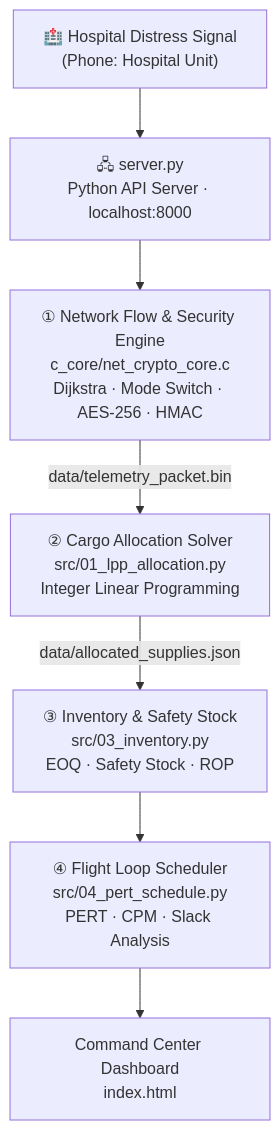
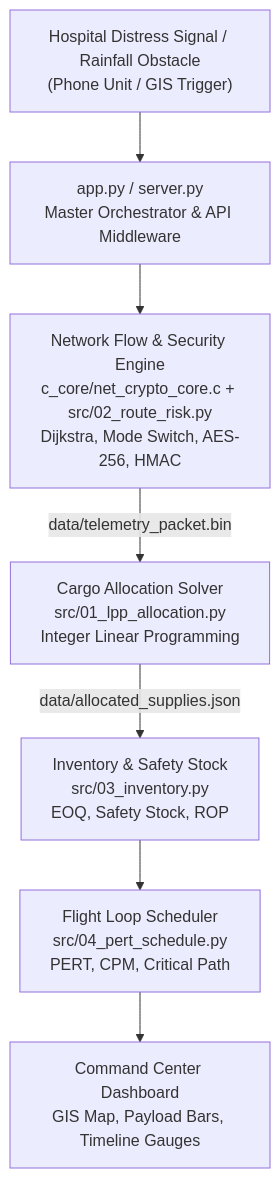
The diagram in README.md (SRReumah/ASAP), drawn with Mermaid before and after one commit. The commit also changed other lines of this file and 9 other files, not shown here.

````diff
--- a/README.md
+++ b/README.md
@@ -63,9 +153,9 @@
 ```mermaid
 flowchart TD
-    A["🏥 Hospital Distress Signal<br/>(Phone: Hospital Unit)"] --> S["🖧 server.py<br/>Python API Server · localhost:8000"]
-    S --> M2["① Network Flow & Security Engine<br/>c_core/net_crypto_core.c<br/>Dijkstra · Mode Switch · AES-256 · HMAC"]
-    M2 -->|"data/telemetry_packet.bin"| M1["② Cargo Allocation Solver<br/>src/01_lpp_allocation.py<br/>Integer Linear Programming"]
-    M1 -->|"data/allocated_supplies.json"| M3["③ Inventory & Safety Stock<br/>src/03_inventory.py<br/>EOQ · Safety Stock · ROP"]
-    M3 --> M4["④ Flight Loop Scheduler<br/>src/04_pert_schedule.py<br/>PERT · CPM · Slack Analysis"]
-    M4 --> D[" Command Center Dashboard<br/>index.html"]
+    A["Hospital Distress Signal / Rainfall Obstacle<br/>(Phone Unit / GIS Trigger)"] --> S["app.py / server.py<br/>Master Orchestrator & API Middleware"]
+    S --> M2["Network Flow & Security Engine<br/>c_core/net_crypto_core.c + src/02_route_risk.py<br/>Dijkstra, Mode Switch, AES-256, HMAC"]
+    M2 -->|"data/telemetry_packet.bin"| M1["Cargo Allocation Solver<br/>src/01_lpp_allocation.py<br/>Integer Linear Programming"]
+    M1 -->|"data/allocated_supplies.json"| M3["Inventory & Safety Stock<br/>src/03_inventory.py<br/>EOQ, Safety Stock, ROP"]
+    M3 --> M4["Flight Loop Scheduler<br/>src/04_pert_schedule.py<br/>PERT, CPM, Critical Path"]
+    M4 --> D["Command Center Dashboard<br/>GIS Map, Payload Bars, Timeline Gauges"]
 ```
````
